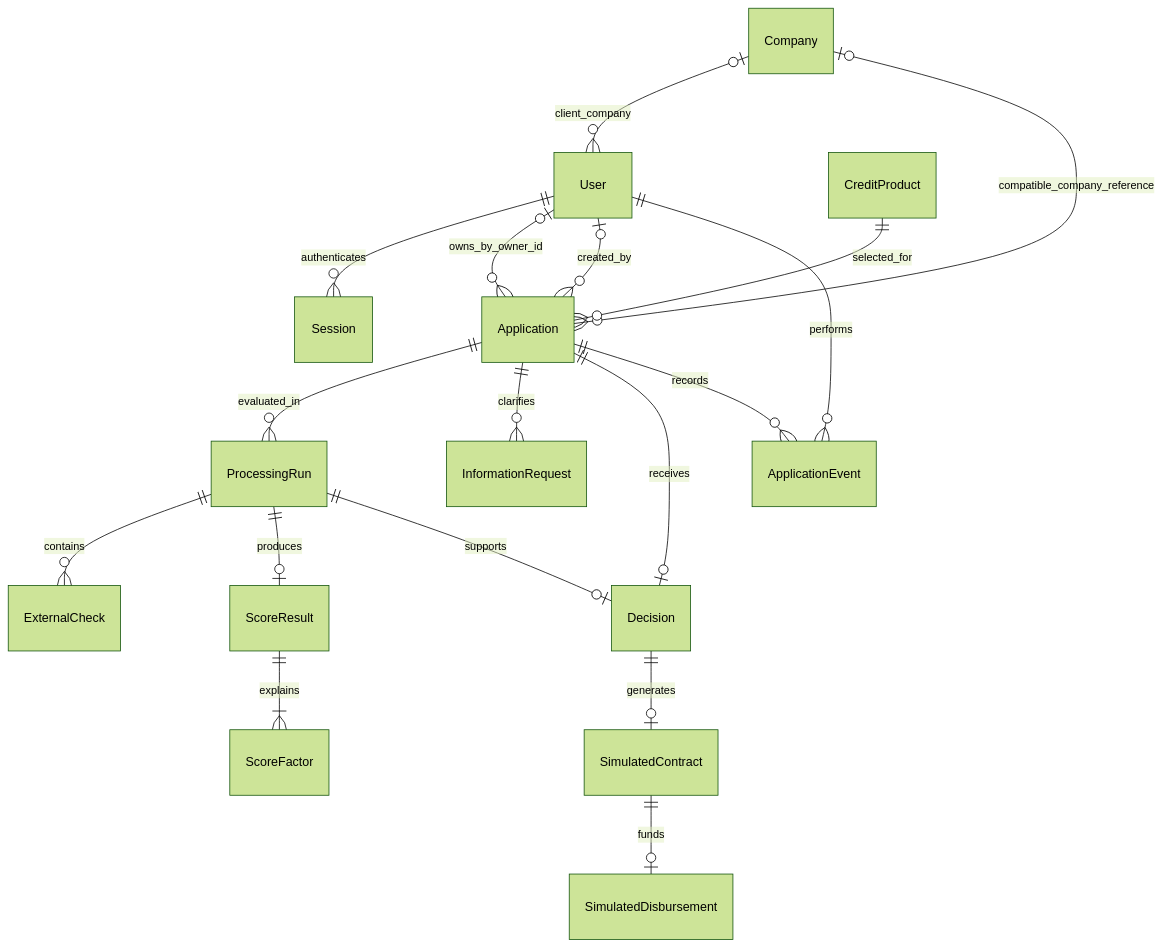
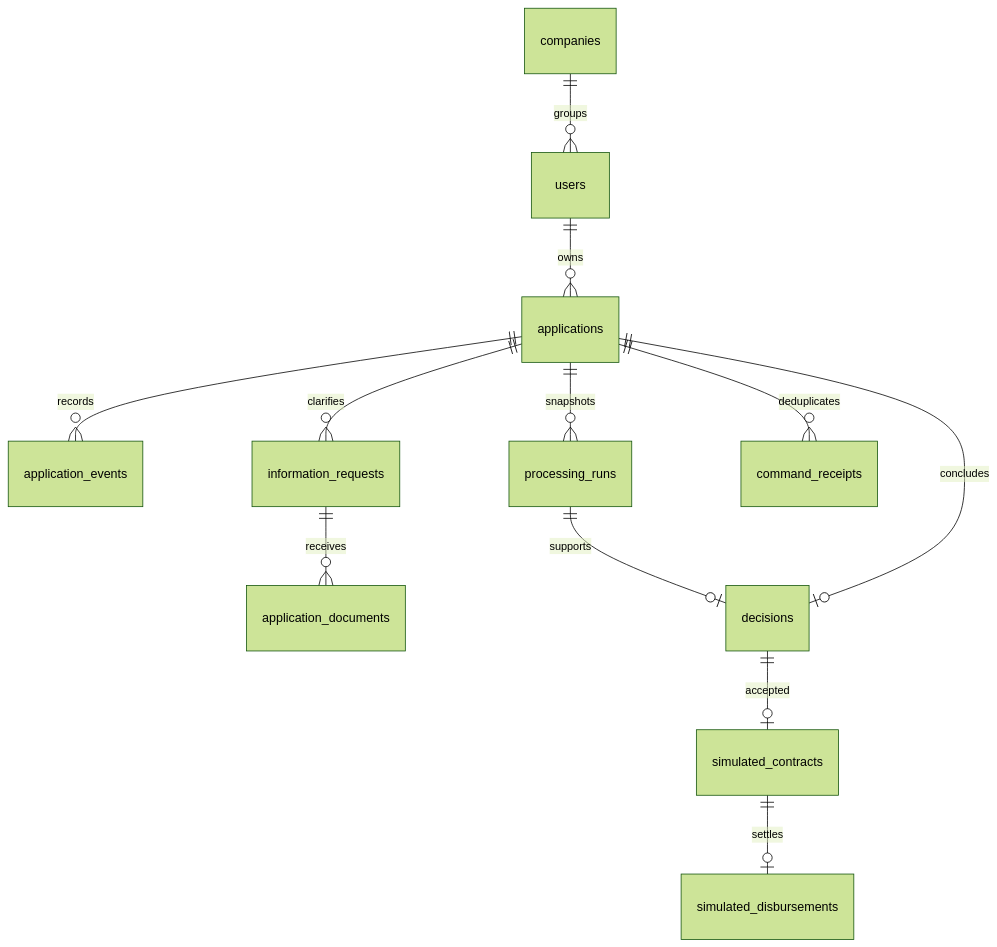
One commit to StudentSK0/credit-pilot changed the diagram in docs/domain-model.md. Above: the diagram before and after it, drawn with Mermaid (forest theme). The commit also changed other lines of this file and 83 other files, not shown here.

````diff
--- a/docs/domain-model.md
+++ b/docs/domain-model.md
@@ -15,20 +7,14 @@
 ```mermaid
 erDiagram
-    Company o|--o{ User : client_company
-    User ||--o{ Session : authenticates
-    Company o|--o{ Application : compatible_company_reference
-    User o|--o{ Application : owns_by_owner_id
-    User o|--o{ Application : created_by
-    CreditProduct ||--o{ Application : selected_for
-    Application ||--o{ ProcessingRun : evaluated_in
-    ProcessingRun ||--o{ ExternalCheck : contains
-    ProcessingRun ||--o| ScoreResult : produces
-    ScoreResult ||--|{ ScoreFactor : explains
-    Application ||--o{ InformationRequest : clarifies
-    ProcessingRun ||--o| Decision : supports
-    Application ||--o| Decision : receives
-    Decision ||--o| SimulatedContract : generates
-    SimulatedContract ||--o| SimulatedDisbursement : funds
-    Application ||--o{ ApplicationEvent : records
-    User ||--o{ ApplicationEvent : performs
+  users ||--o{ applications : owns
+  companies ||--o{ users : groups
+  applications ||--o{ application_events : records
+  applications ||--o{ processing_runs : snapshots
+  applications ||--o{ information_requests : clarifies
+  information_requests ||--o{ application_documents : receives
+  processing_runs ||--o| decisions : supports
+  applications ||--o| decisions : concludes
+  decisions ||--o| simulated_contracts : accepted
+  simulated_contracts ||--o| simulated_disbursements : settles
+  applications ||--o{ command_receipts : deduplicates
 ```
````
